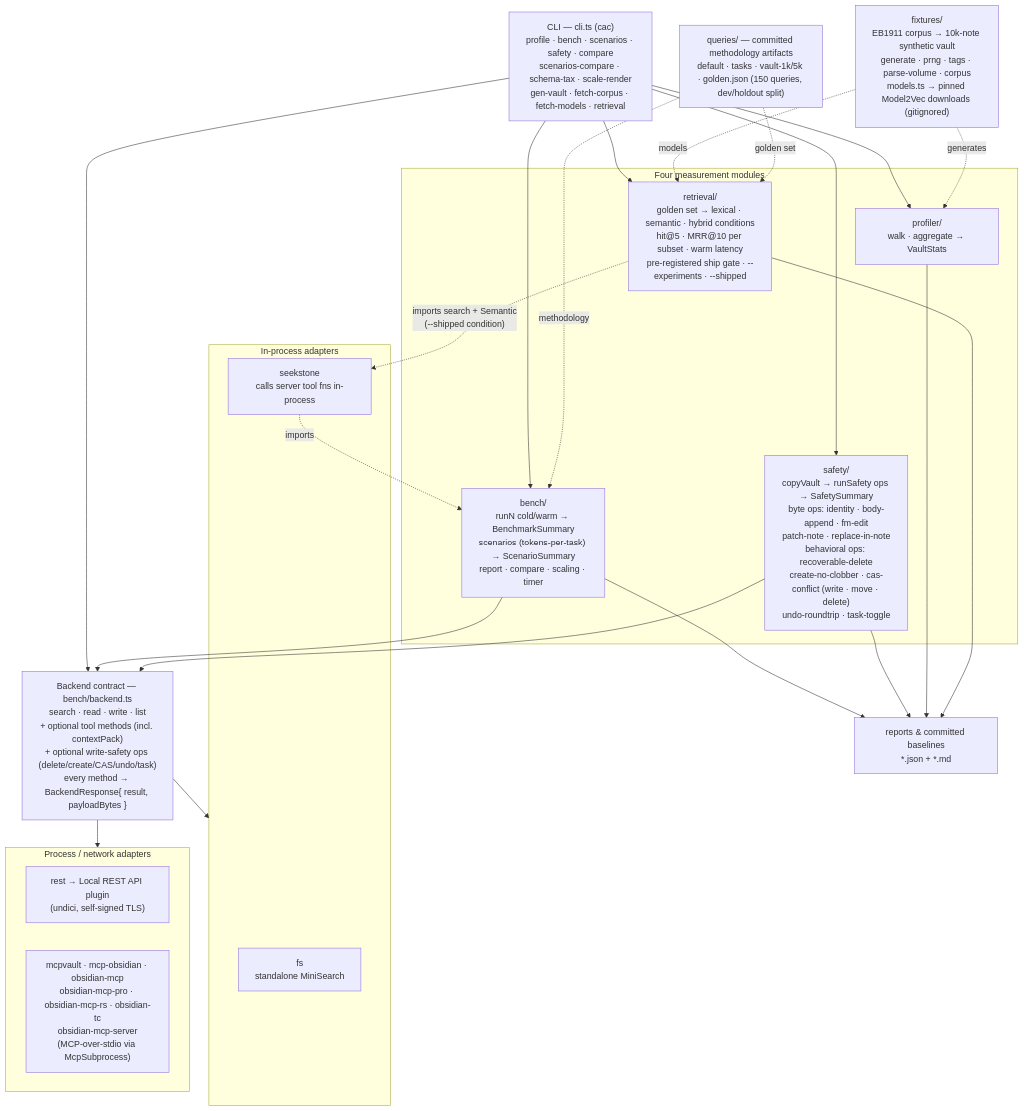
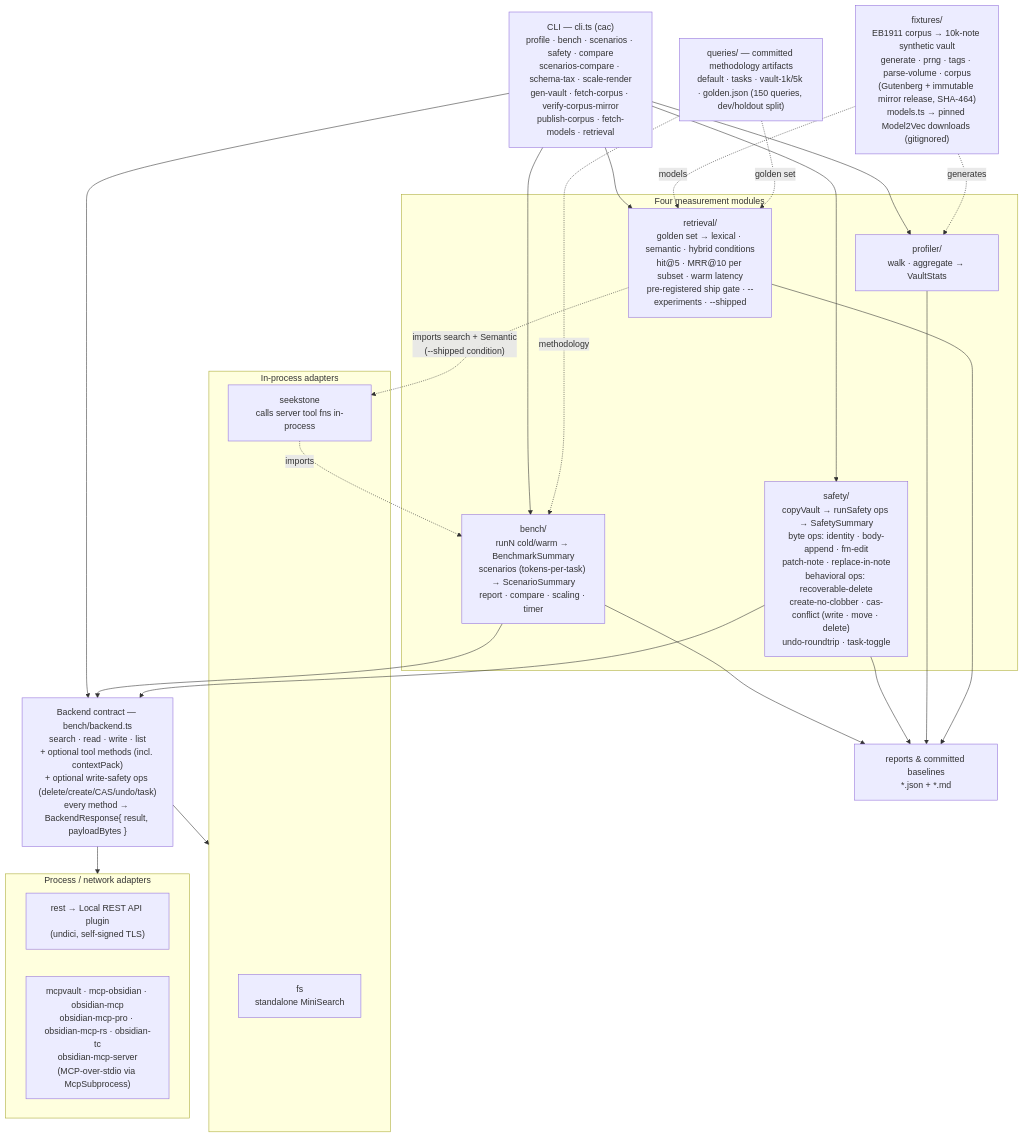
One commit to shaqmughal/seekstone changed the fourth of 5 diagrams in docs/ARCHITECTURE.md. Above: the diagram before and after it, drawn with Mermaid. The commit also changed 8 other files, not shown here.

First line of the commit message:
feat(harness): fall back to an immutable corpus mirror release, checked in CI (SHA-464) (#425)

````diff
--- a/docs/ARCHITECTURE.md
+++ b/docs/ARCHITECTURE.md
@@ -296,46 +296,46 @@
 ```mermaid
 flowchart TD
-    cli["CLI — cli.ts (cac)<br/>profile · bench · scenarios · safety · compare<br/>scenarios-compare · schema-tax · scale-render<br/>gen-vault · fetch-corpus · fetch-models · retrieval"]
+    cli["CLI — cli.ts (cac)<br/>profile · bench · scenarios · safety · compare<br/>scenarios-compare · schema-tax · scale-render<br/>gen-vault · fetch-corpus · verify-corpus-mirror<br/>publish-corpus · fetch-models · retrieval"]
 
     backend["Backend contract — bench/backend.ts<br/>search · read · write · list<br/>+ optional tool methods (incl. contextPack)<br/>+ optional write-safety ops (delete/create/CAS/undo/task)<br/>every method → BackendResponse{ result, payloadBytes }"]
 
     subgraph inproc["In-process adapters"]
         fs["fs<br/>standalone MiniSearch"]
         seek["seekstone<br/>calls server tool fns in-process"]
     end
     subgraph extern["Process / network adapters"]
         rest["rest → Local REST API plugin<br/>(undici, self-signed TLS)"]
         mcp["mcpvault · mcp-obsidian · obsidian-mcp<br/>obsidian-mcp-pro · obsidian-mcp-rs · obsidian-tc<br/>obsidian-mcp-server<br/>(MCP-over-stdio via McpSubprocess)"]
     end
 
     subgraph modules["Four measurement modules"]
         profiler["profiler/<br/>walk · aggregate → VaultStats"]
         bench["bench/<br/>runN cold/warm → BenchmarkSummary<br/>scenarios (tokens-per-task) → ScenarioSummary<br/>report · compare · scaling · timer"]
         safety["safety/<br/>copyVault → runSafety ops → SafetySummary<br/>byte ops: identity · body-append · fm-edit<br/>patch-note · replace-in-note<br/>behavioral ops: recoverable-delete<br/>create-no-clobber · cas-conflict (write · move · delete)<br/>undo-roundtrip · task-toggle"]
         retrieval["retrieval/<br/>golden set → lexical · semantic · hybrid conditions<br/>hit@5 · MRR@10 per subset · warm latency<br/>pre-registered ship gate · --experiments · --shipped"]
     end
 
-    fixtures["fixtures/<br/>EB1911 corpus → 10k-note synthetic vault<br/>generate · prng · tags · parse-volume · corpus<br/>models.ts → pinned Model2Vec downloads (gitignored)"]
+    fixtures["fixtures/<br/>EB1911 corpus → 10k-note synthetic vault<br/>generate · prng · tags · parse-volume · corpus<br/>(Gutenberg + immutable mirror release, SHA-464)<br/>models.ts → pinned Model2Vec downloads (gitignored)"]
     queries["queries/ — committed methodology artifacts<br/>default · tasks · vault-1k/5k · golden.json (150 queries, dev/holdout split)"]
     reports["reports & committed baselines<br/>*.json + *.md"]
 
     cli --> profiler
     cli --> bench
     cli --> safety
     cli --> retrieval
     cli --> backend
     backend --> inproc
     backend --> extern
     bench --> backend
     safety --> backend
     bench --> reports
     safety --> reports
     profiler --> reports
     retrieval --> reports
     fixtures -. generates .-> profiler
     fixtures -. models .-> retrieval
     queries -. methodology .-> bench
     queries -. golden set .-> retrieval
     retrieval -. "imports search + Semantic<br/>(--shipped condition)" .-> seek
     seek -. imports .-> bench
 ```
````
